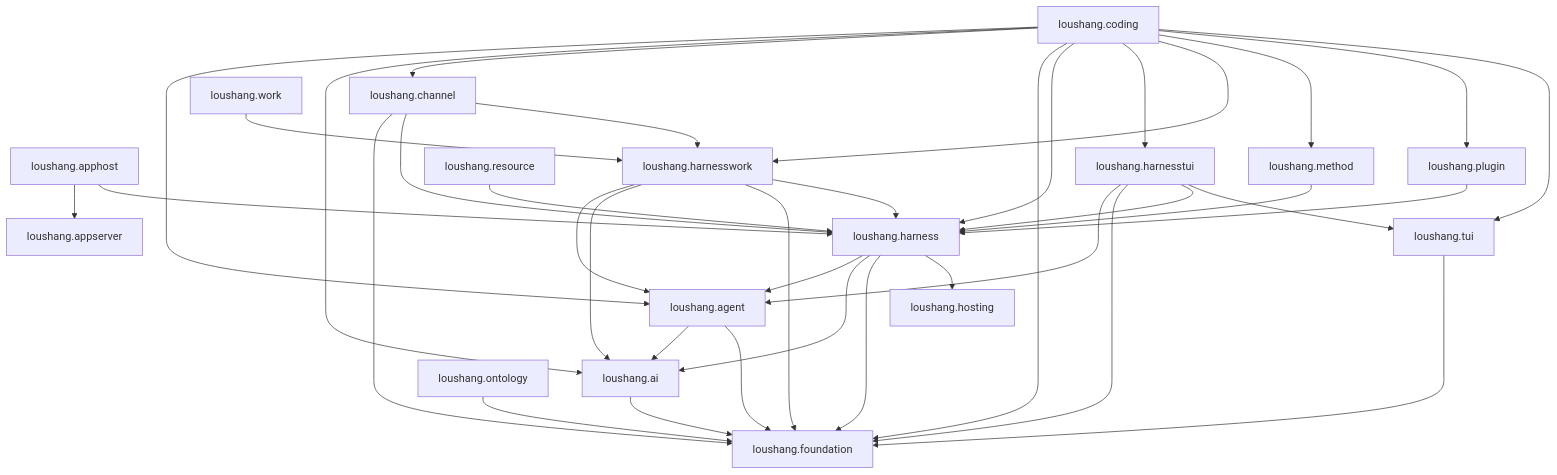
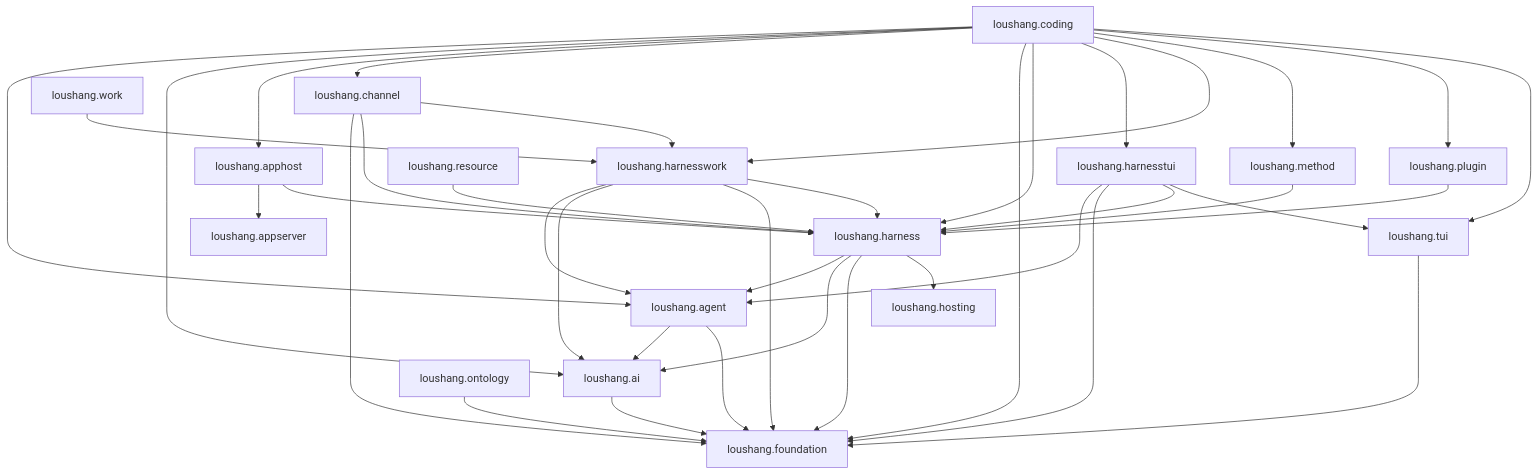
One commit to zhnt/loushang changed the diagram in docs/internals/architecture/generated/current-package-dependencies.md. Above: the diagram before and after it, drawn with Mermaid. The commit also changed other lines of this file and 25 other files, not shown here.

````diff
--- a/docs/internals/architecture/generated/current-package-dependencies.md
+++ b/docs/internals/architecture/generated/current-package-dependencies.md
@@ -27,57 +27,58 @@
 ```mermaid
 graph TD
     PKG_AGENT["loushang.agent"]
     PKG_AI["loushang.ai"]
     PKG_APPHOST["loushang.apphost"]
     PKG_APPSERVER["loushang.appserver"]
     PKG_CHANNEL["loushang.channel"]
     PKG_CODING["loushang.coding"]
     PKG_FOUNDATION["loushang.foundation"]
     PKG_HARNESS["loushang.harness"]
     PKG_HARNESSTUI["loushang.harnesstui"]
     PKG_HARNESSWORK["loushang.harnesswork"]
     PKG_HOSTING["loushang.hosting"]
     PKG_METHOD["loushang.method"]
     PKG_ONTOLOGY["loushang.ontology"]
     PKG_PLUGIN["loushang.plugin"]
     PKG_RESOURCE["loushang.resource"]
     PKG_TUI["loushang.tui"]
     PKG_WORK["loushang.work"]
 
     PKG_AGENT --> PKG_AI
     PKG_AGENT --> PKG_FOUNDATION
     PKG_AI --> PKG_FOUNDATION
     PKG_APPHOST --> PKG_APPSERVER
     PKG_APPHOST --> PKG_HARNESS
     PKG_CHANNEL --> PKG_FOUNDATION
     PKG_CHANNEL --> PKG_HARNESS
     PKG_CHANNEL --> PKG_HARNESSWORK
     PKG_CODING --> PKG_AGENT
     PKG_CODING --> PKG_AI
+    PKG_CODING --> PKG_APPHOST
     PKG_CODING --> PKG_CHANNEL
     PKG_CODING --> PKG_FOUNDATION
     PKG_CODING --> PKG_HARNESS
     PKG_CODING --> PKG_HARNESSTUI
     PKG_CODING --> PKG_HARNESSWORK
     PKG_CODING --> PKG_METHOD
     PKG_CODING --> PKG_PLUGIN
     PKG_CODING --> PKG_TUI
     PKG_HARNESS --> PKG_AGENT
     PKG_HARNESS --> PKG_AI
     PKG_HARNESS --> PKG_FOUNDATION
     PKG_HARNESS --> PKG_HOSTING
     PKG_HARNESSTUI --> PKG_AGENT
     PKG_HARNESSTUI --> PKG_FOUNDATION
     PKG_HARNESSTUI --> PKG_HARNESS
     PKG_HARNESSTUI --> PKG_TUI
     PKG_HARNESSWORK --> PKG_AGENT
     PKG_HARNESSWORK --> PKG_AI
     PKG_HARNESSWORK --> PKG_FOUNDATION
     PKG_HARNESSWORK --> PKG_HARNESS
     PKG_METHOD --> PKG_HARNESS
     PKG_ONTOLOGY --> PKG_FOUNDATION
     PKG_PLUGIN --> PKG_HARNESS
     PKG_RESOURCE --> PKG_HARNESS
     PKG_TUI --> PKG_FOUNDATION
     PKG_WORK --> PKG_HARNESSWORK
 ```
````
